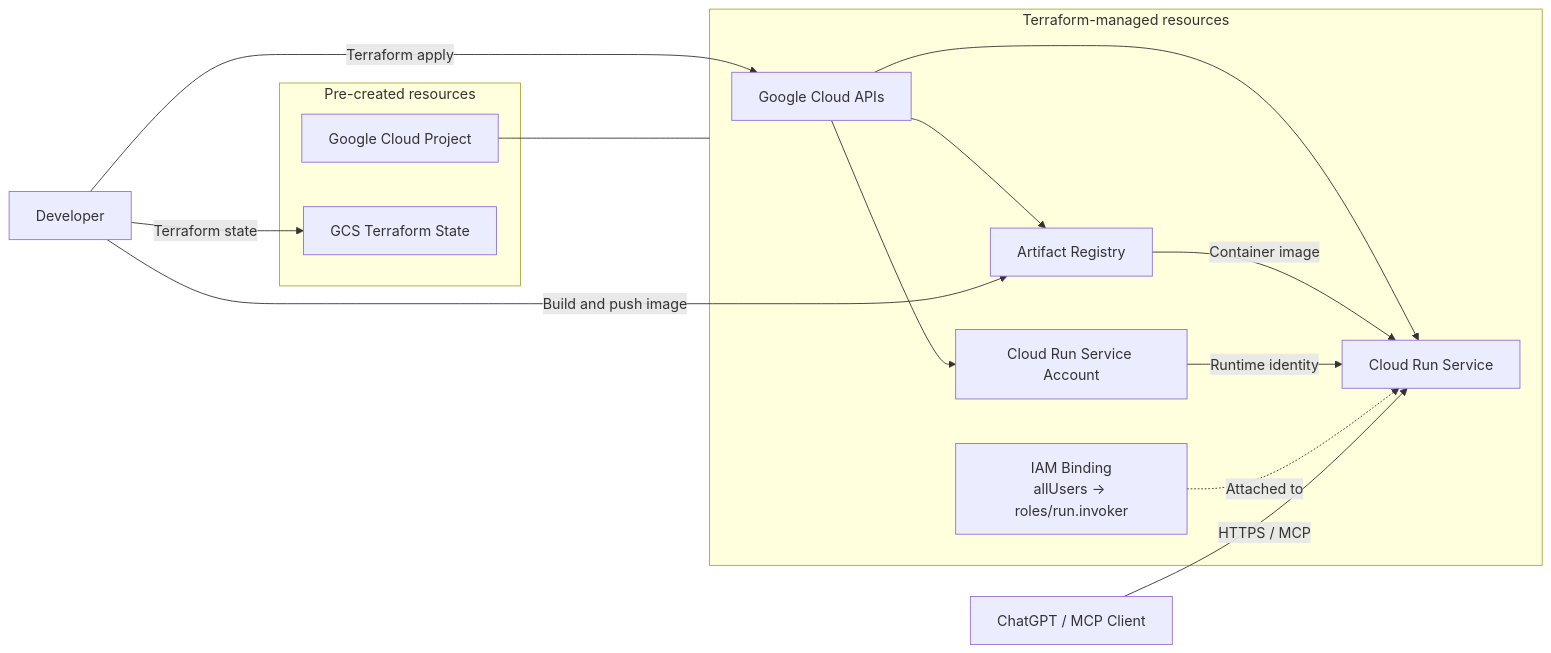
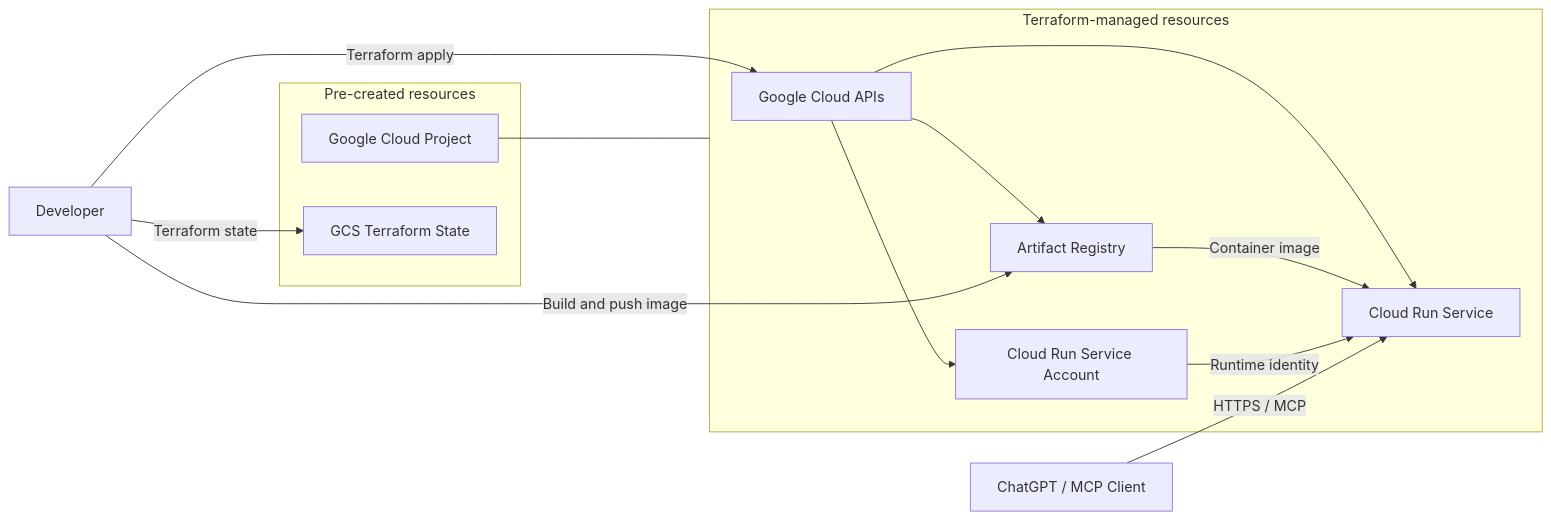
Before and after one commit to kazuy/lifnex: the diagram in infra/README.md, drawn with Mermaid. The commit also changed 1 other file, not shown here.

Commit message:
feat(infra): allow public Cloud Run invocation

````diff
--- a/infra/README.md
+++ b/infra/README.md
@@ -5,31 +5,29 @@
 ```mermaid
 flowchart LR
     Client["ChatGPT / MCP Client"]
     Developer["Developer"]
 
     subgraph Existing["Pre-created resources"]
         Project["Google Cloud Project"]
         State["GCS Terraform State"]
     end
 
     subgraph Terraform["Terraform-managed resources"]
         APIs["Google Cloud APIs"]
         AR["Artifact Registry"]
         SA["Cloud Run Service Account"]
         Run["Cloud Run Service"]
-        IAM["IAM Binding<br/>allUsers → roles/run.invoker"]
 
         APIs --> AR
         APIs --> SA
         APIs --> Run
         AR -->|"Container image"| Run
         SA -->|"Runtime identity"| Run
-        IAM -.->|"Attached to"| Run
     end
 
     Developer -->|"Terraform state"| State
     Developer -->|"Terraform apply"| APIs
     Developer -->|"Build and push image"| AR
     Project --- Terraform
     Client -->|"HTTPS / MCP"| Run
 ```
````
